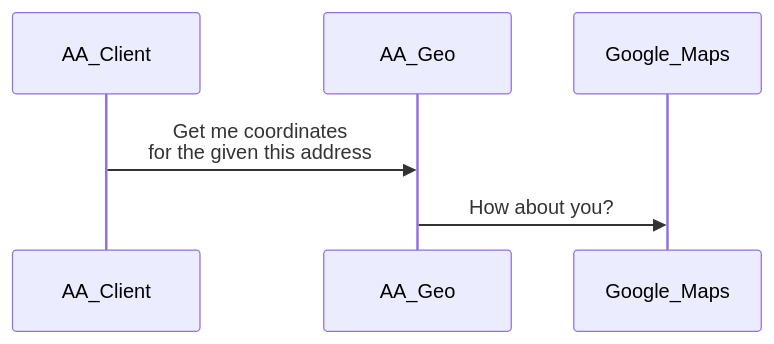
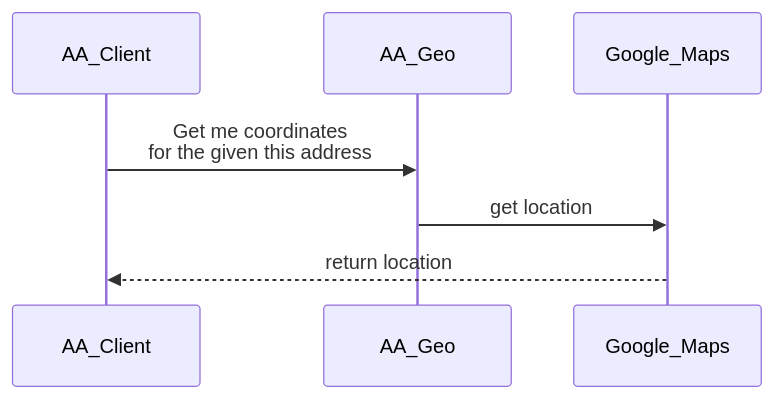
Before and after one commit to aloutfi/allergyAlly-geo: the diagram in README.md, drawn with Mermaid.

Commit message:
feat: initial version of actual graph

````diff
--- a/README.md
+++ b/README.md
@@ -3,8 +3,9 @@
 ```mermaid
 sequenceDiagram
     participant AA_Client
     participant AA_Geo
     participant Google_Maps
     AA_Client->>AA_Geo: Get me coordinates <br> for the given this address
-    AA_Geo->>Google_Maps: How about you?
+    AA_Geo->>Google_Maps: get location
+    Google_Maps-->>AA_Client: return location
 ```
````
